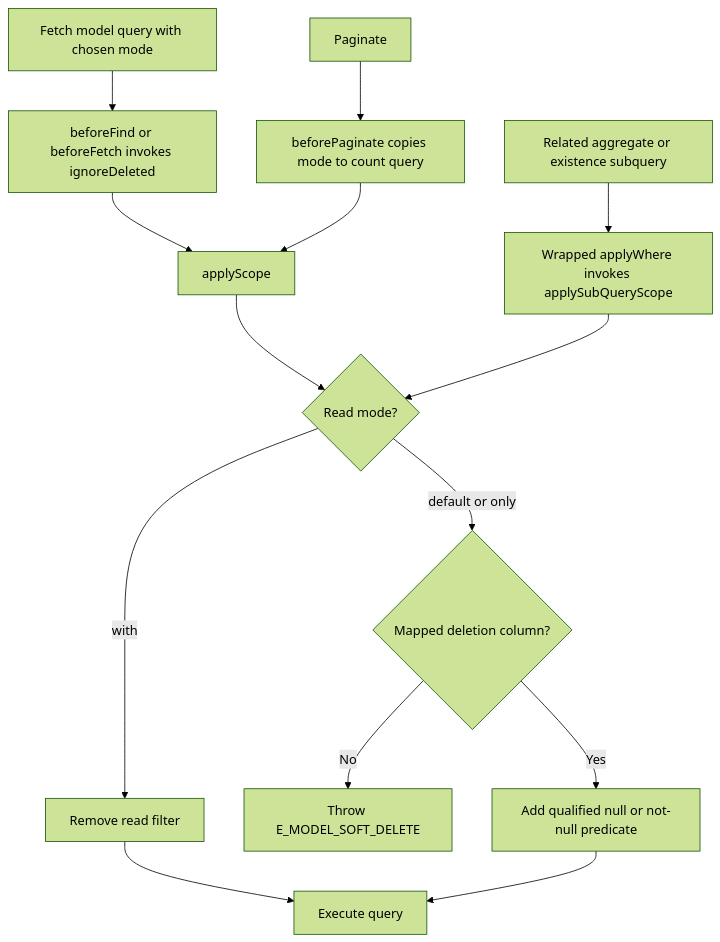
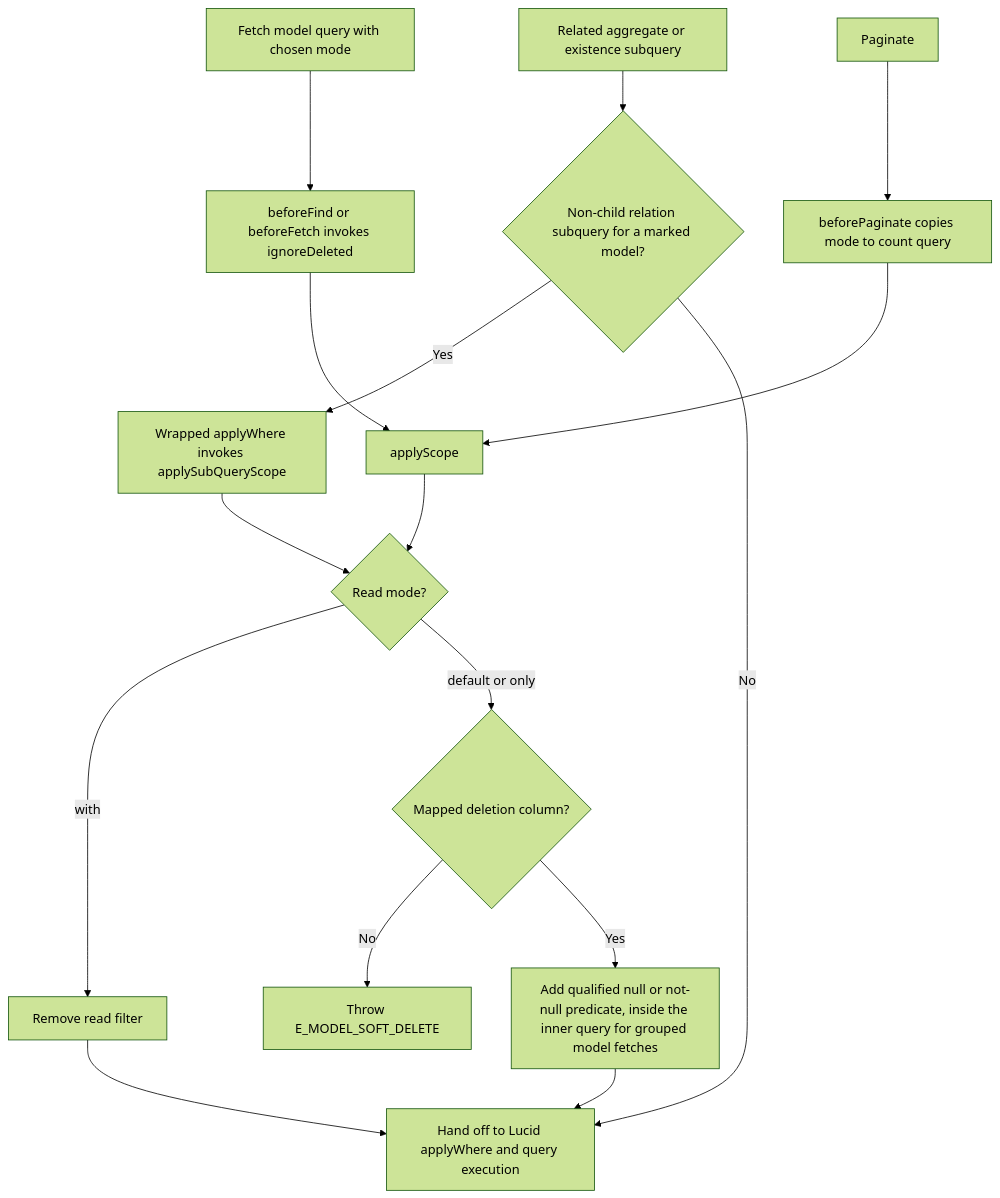
Before and after one commit to Kevinjohn/oss-adonisjs-lucid-soft-delete: the second of 2 diagrams in user-stories/query-deleted-records/us-app-02-query-deleted-records.md, drawn with Mermaid (forest theme). The commit also changed other lines of this file and 18 other files, not shown here.

````diff
--- a/user-stories/query-deleted-records/us-app-02-query-deleted-records.md
+++ b/user-stories/query-deleted-records/us-app-02-query-deleted-records.md
@@ -36,12 +36,14 @@
 ```mermaid
 flowchart TD
     A["Fetch model query with chosen mode"] --> B["beforeFind or beforeFetch invokes ignoreDeleted"] --> C["applyScope"]
     D["Paginate"] --> E["beforePaginate copies mode to count query"] --> C
-    F["Related aggregate or existence subquery"] --> G["Wrapped applyWhere invokes applySubQueryScope"]
+    F["Related aggregate or existence subquery"] --> R{"Non-child relation subquery for a marked model?"}
+    R -->|Yes| G["Wrapped applyWhere invokes applySubQueryScope"]
+    R -->|No| J
     C --> H{"Read mode?"}
     G --> H
-    H -->|with| I["Remove read filter"] --> J["Execute query"]
+    H -->|with| I["Remove read filter"] --> J["Hand off to Lucid applyWhere and query execution"]
     H -->|default or only| K{"Mapped deletion column?"}
     K -->|No| L["Throw E_MODEL_SOFT_DELETE"]
-    K -->|Yes| M["Add qualified null or not-null predicate"] --> J
+    K -->|Yes| M["Add qualified null or not-null predicate, inside the inner query for grouped model fetches"] --> J
 ```
````
